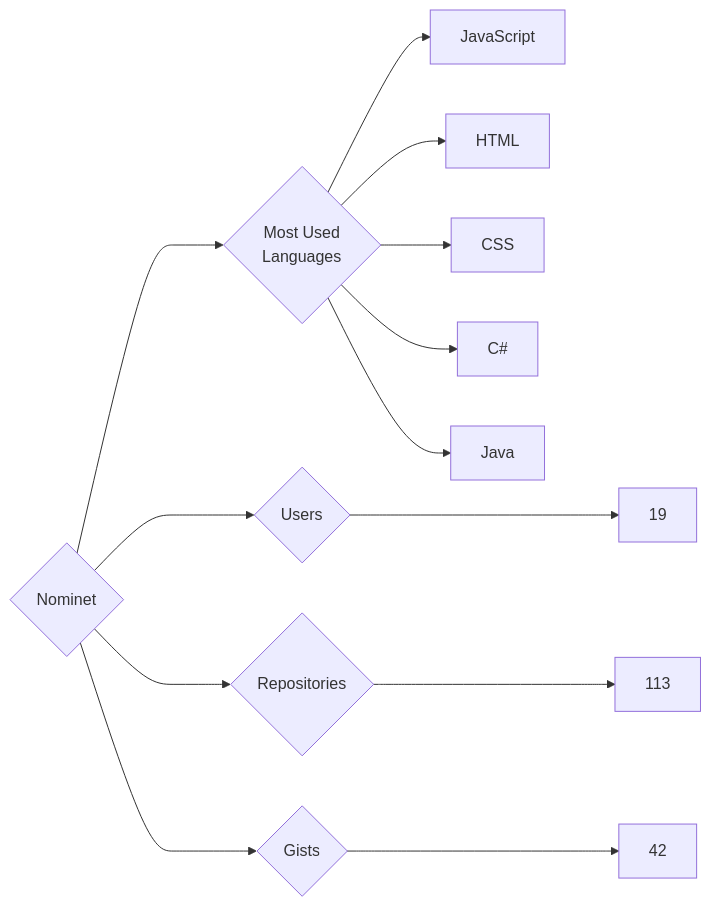
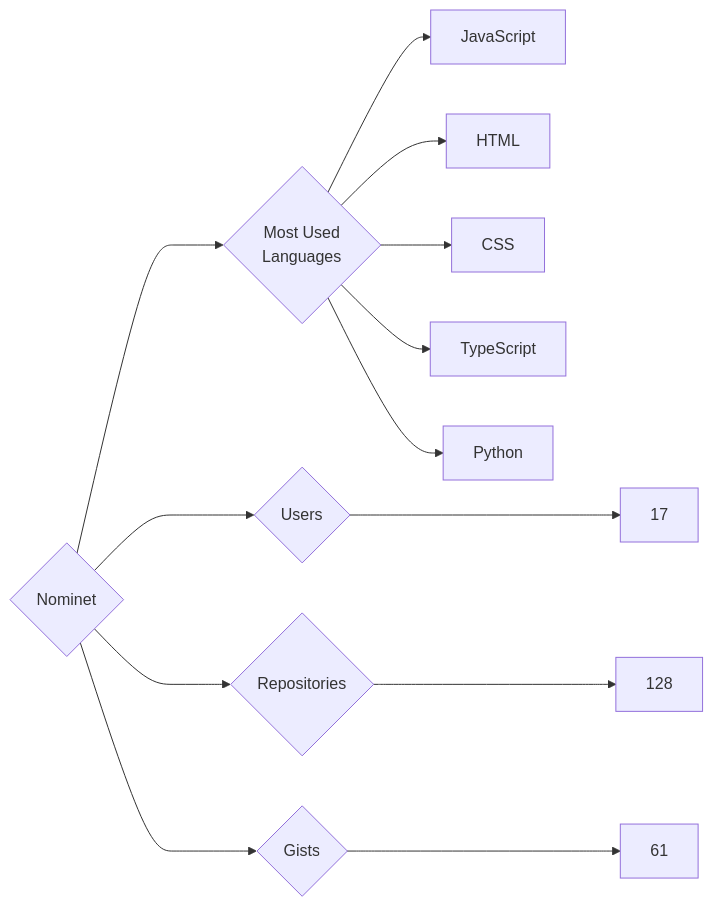
One commit to trickest/insiders changed the diagram in targets/Nominet/README.md. Above: the diagram before and after it, drawn with Mermaid. The commit also changed 877 other files, not shown here.

````diff
--- a/targets/Nominet/README.md
+++ b/targets/Nominet/README.md
@@ -3,13 +3,13 @@
 ```mermaid
 graph LR
 COMPANY_NAME{Nominet}
-COMPANY_NAME ---> U{Users} ---> UN[19]
-COMPANY_NAME ---> R{Repositories} ---> RN[113]
-COMPANY_NAME ---> G{Gists} ---> GN[42]
+COMPANY_NAME ---> U{Users} ---> UN[17]
+COMPANY_NAME ---> R{Repositories} ---> RN[128]
+COMPANY_NAME ---> G{Gists} ---> GN[61]
 COMPANY_NAME ---> ML{Most Used<br>Languages}
 ML --> JavaScript[JavaScript]
 ML --> HTML[HTML]
 ML --> CSS[CSS]
-ML --> C#[C#]
-ML --> Java[Java]
+ML --> TypeScript[TypeScript]
+ML --> Python[Python]
 ```
````
